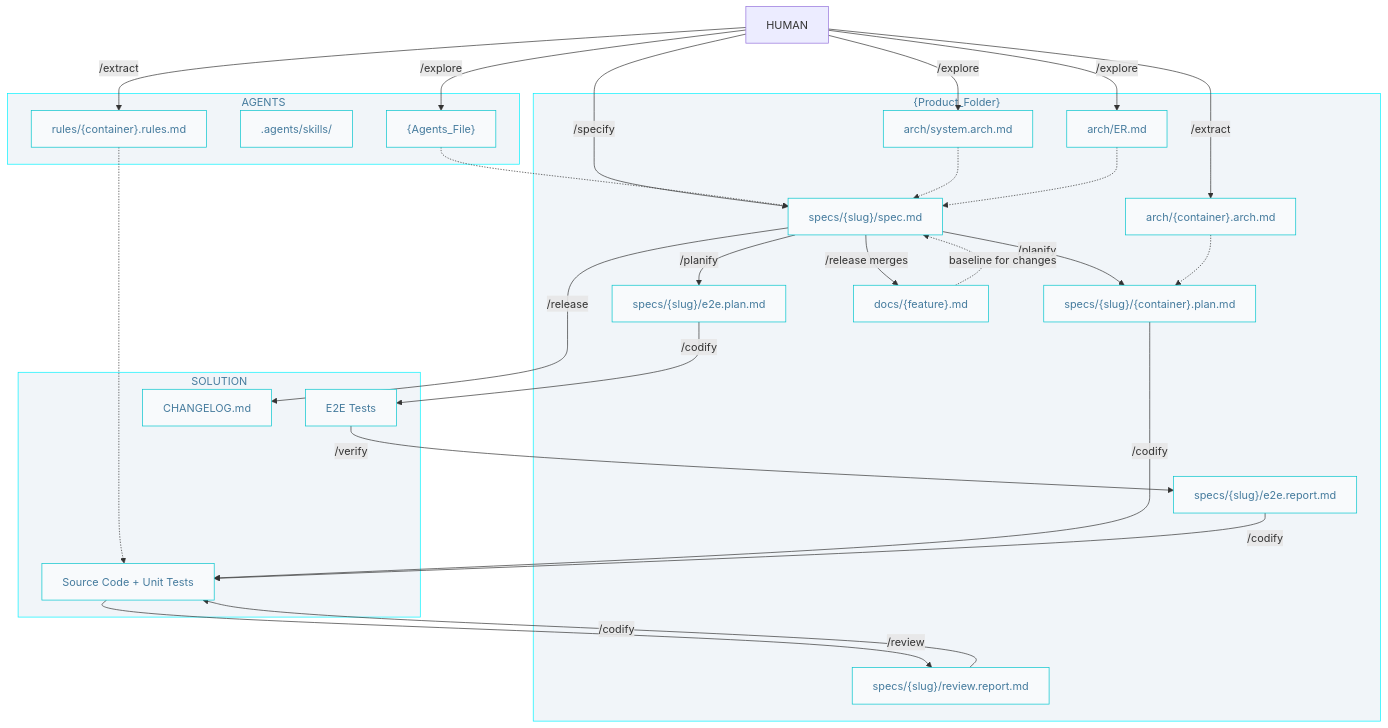
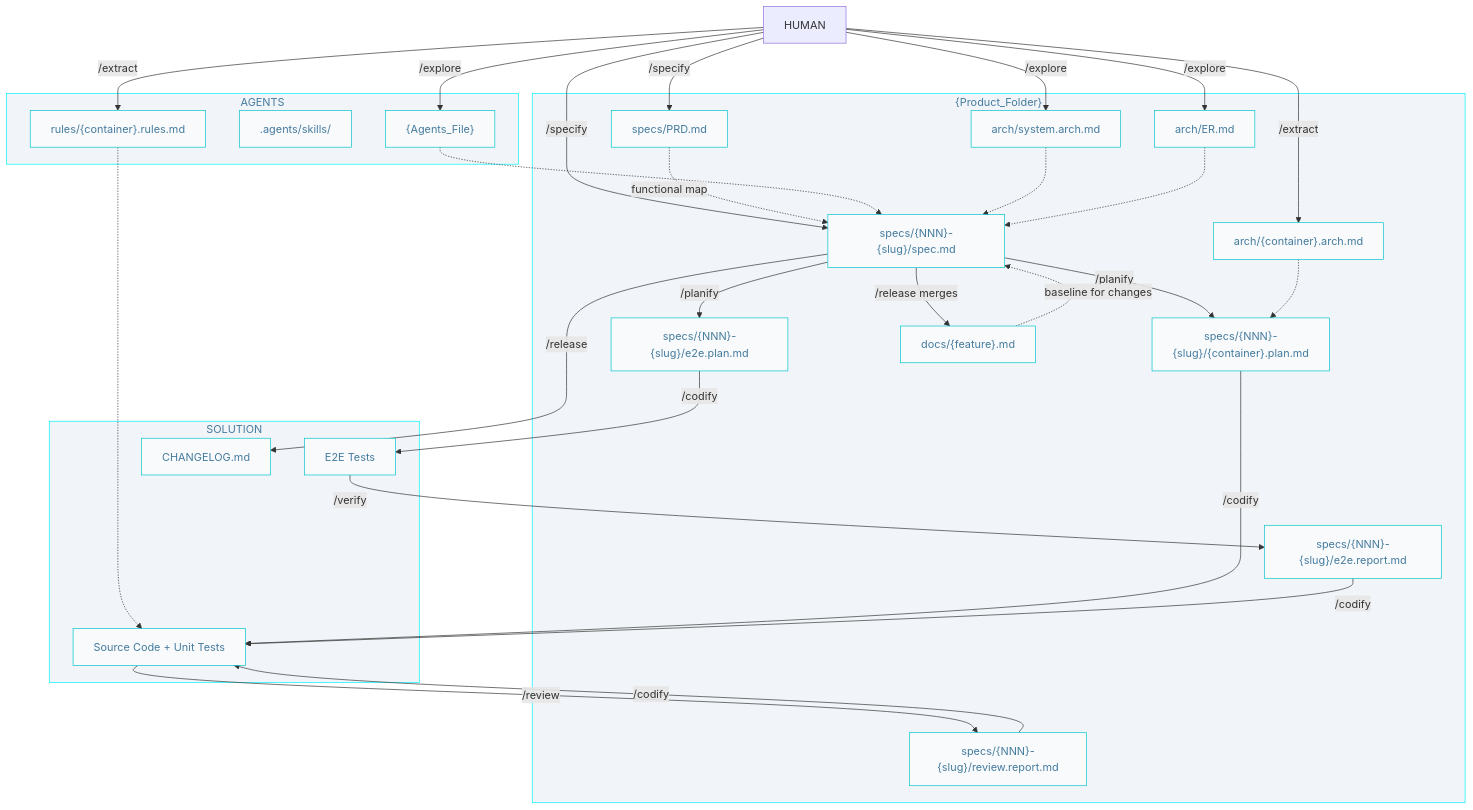
The diagram in docs/AIDD.workflow.md (AIDDbot/AIDDbot), drawn with Mermaid before and after one commit. The commit also changed other lines of this file and 19 other files, not shown here.

First line of the commit message:
refactor(skills): standardize spec and plan structures with sequential IDs

````diff
--- a/docs/AIDD.workflow.md
+++ b/docs/AIDD.workflow.md
@@ -3,57 +3,60 @@
 ```mermaid
 flowchart TD
   classDef nd fill:#f8fafc,stroke:#00c4cc,color:#457b9d
   classDef sg fill:#f1f5f9,stroke:#00f2ff,color:#457b9d 
 
   HUM[HUMAN]
 
   subgraph A["AGENTS"]
       AGT["{Agents_File}"]:::nd
       SKL[".agents/skills/"]:::nd
       RUL["rules/{container}.rules.md"]:::nd
   end  
 
   subgraph P["{Product_Folder}"]
       ARC["arch/system.arch.md"]:::nd
       ERD["arch/ER.md"]:::nd
       CAR["arch/{container}.arch.md"]:::nd
-      SPC["specs/{slug}/spec.md"]:::nd
-      PLN["specs/{slug}/{container}.plan.md"]:::nd
-      EPL["specs/{slug}/e2e.plan.md"]:::nd
-      RPT["specs/{slug}/e2e.report.md"]:::nd
-      RVR["specs/{slug}/review.report.md"]:::nd
+      PRD["specs/PRD.md"]:::nd
+      SPC["specs/{NNN}-{slug}/spec.md"]:::nd
+      PLN["specs/{NNN}-{slug}/{container}.plan.md"]:::nd
+      EPL["specs/{NNN}-{slug}/e2e.plan.md"]:::nd
+      RPT["specs/{NNN}-{slug}/e2e.report.md"]:::nd
+      RVR["specs/{NNN}-{slug}/review.report.md"]:::nd
       DOC["docs/{feature}.md"]:::nd
   end
 
   subgraph S["SOLUTION"]
       COD["Source Code + Unit Tests"]:::nd
       E2E["E2E Tests"]:::nd
       CHL["CHANGELOG.md"]:::nd
   end
 
   HUM -->|/explore| AGT
   HUM -->|/explore| ARC
   HUM -->|/explore| ERD
   HUM -->|/extract| CAR
   HUM -->|/extract| RUL
   HUM -->|/specify| SPC
+  HUM -->|/specify| PRD
+  PRD -.functional map.-> SPC
   AGT -.-> SPC
   ARC -.-> SPC
   ERD -.-> SPC
   SPC -->|/planify| PLN
   SPC -->|/planify| EPL
   CAR -.-> PLN
 
   PLN -->|/codify| COD
   RUL -.-> COD
   EPL -->|/codify| E2E
   E2E -->|/verify| RPT
   RPT -->|/codify| COD
   COD -->|/review| RVR
   RVR -->|/codify| COD
   SPC -->|/release| CHL
   SPC -->|/release merges| DOC
   DOC -.baseline for changes.-> SPC
 
   class P,A,S sg
 ```
````
